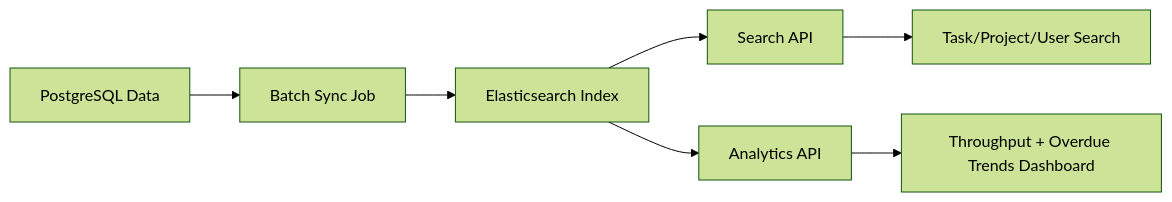
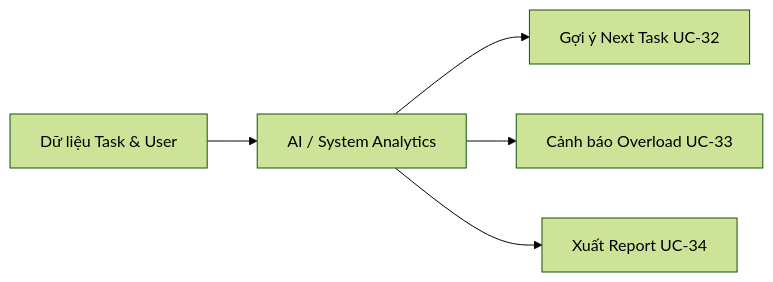
The fifth of 7 diagrams in Documents/usecase/UserFlows.md (Alro127/TaskSence), drawn with Mermaid (forest theme) before and after one commit. The commit also changed other lines of this file and 5 other files, not shown here.

````diff
--- a/Documents/usecase/UserFlows.md
+++ b/Documents/usecase/UserFlows.md
@@ -83,9 +79,7 @@
 ```mermaid
 flowchart LR
-    A[PostgreSQL Data] --> B[Batch Sync Job]
-    B --> C[Elasticsearch Index]
-    C --> D[Search API]
-    C --> E[Analytics API]
-    D --> F[Task/Project/User Search]
-    E --> G[Throughput + Overdue Trends Dashboard]
+    A[Dữ liệu Task & User] --> B[AI / System Analytics]
+    B --> C[Gợi ý Next Task UC-32]
+    B --> D[Cảnh báo Overload UC-33]
+    B --> E[Xuất Report UC-34]
 ```
````
